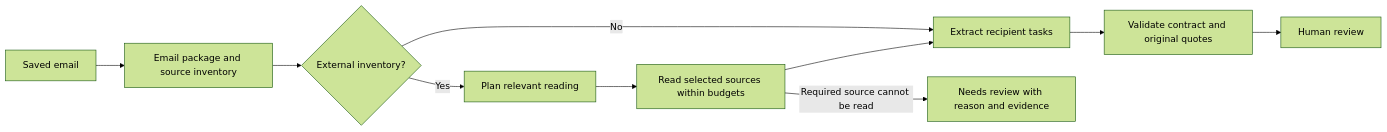
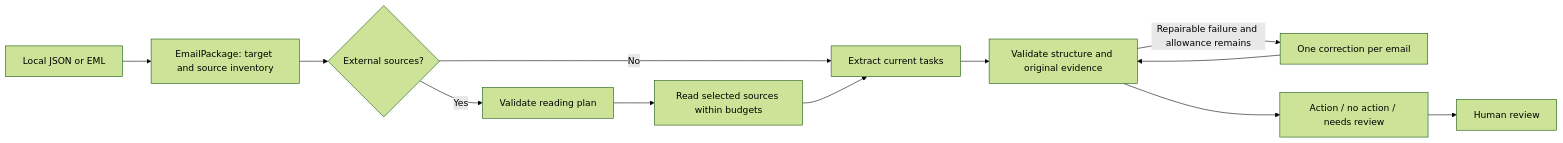
Before and after one commit to Eliasxswl/ActionMail: the diagram in docs/architecture.md, drawn with Mermaid (forest theme). The commit also changed other lines of this file and 265 other files, not shown here.

````diff
--- a/docs/architecture.md
+++ b/docs/architecture.md
@@ -7,12 +5,14 @@
 ```mermaid
 flowchart LR
-    A[Saved email] --> B[Email package and source inventory]
-    B --> C{External inventory?}
-    C -->|Yes| D[Plan relevant reading]
+    A[Local JSON or EML] --> B[EmailPackage: target and source inventory]
+    B --> C{External sources?}
+    C -->|Yes| D[Validate reading plan]
     D --> E[Read selected sources within budgets]
-    E --> F[Extract recipient tasks]
-    C -->|No| F
-    E -->|Required source cannot be read| R[Needs review with reason and evidence]
-    F --> G[Validate contract and original quotes]
-    G --> H[Human review]
+    C -->|No| F[Extract current tasks]
+    E --> F
+    F --> G[Validate structure and original evidence]
+    G -->|Repairable failure and allowance remains| R[One correction per email]
+    R --> G
+    G --> H[Action / no action / needs review]
+    H --> I[Human review]
 ```
````
